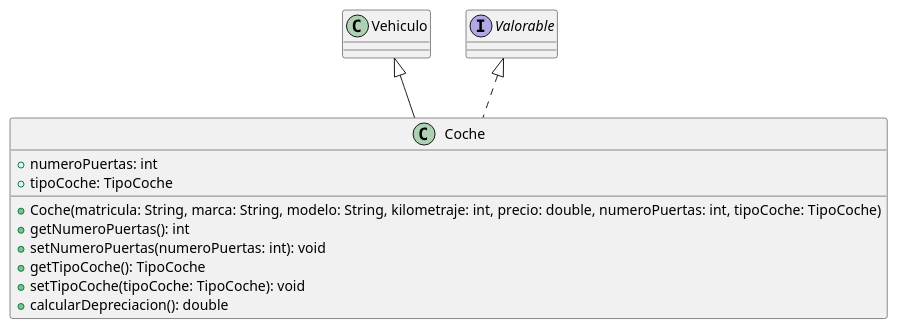
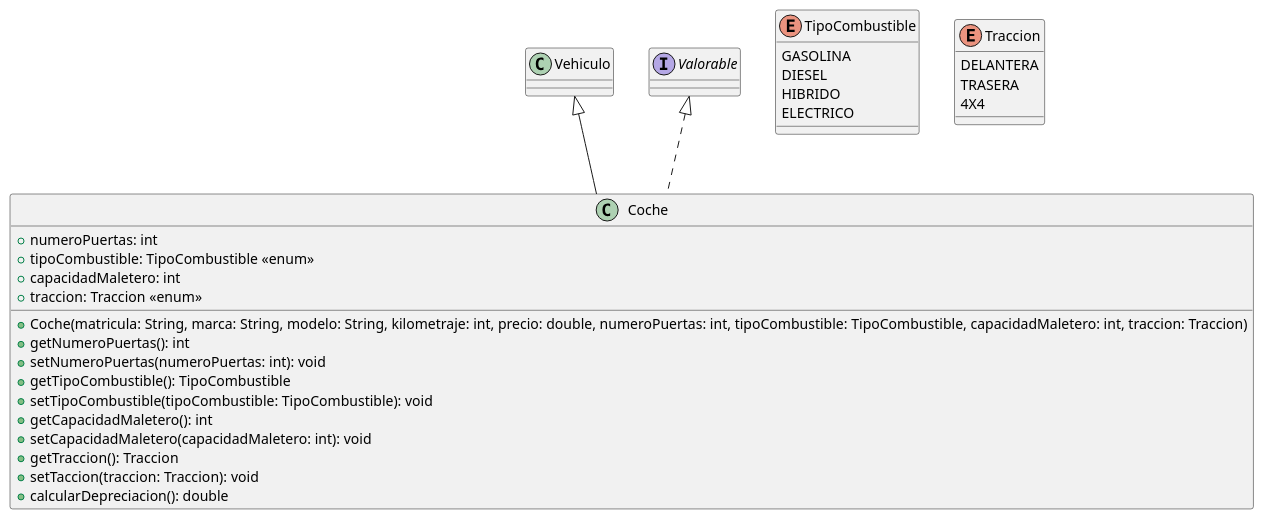
One commit to crobles98/UT5_ED_Prog changed the diagram in uml/Coche.puml. Above: the diagram before and after it, drawn with PlantUML.

Commit message:
Añadir atributos restantes
Añadir atributos especificados en archivo

```diff
--- a/uml/Coche.puml
+++ b/uml/Coche.puml
@@ -1,12 +1,31 @@
 @startuml
 class Coche extends Vehiculo implements Valorable {
   + numeroPuertas: int
-  + tipoCoche: TipoCoche
-  + Coche(matricula: String, marca: String, modelo: String, kilometraje: int, precio: double, numeroPuertas: int, tipoCoche: TipoCoche)
+  + tipoCombustible: TipoCombustible <<enum>>
+  + capacidadMaletero: int
+  + traccion: Traccion <<enum>>
+  + Coche(matricula: String, marca: String, modelo: String, kilometraje: int, precio: double, numeroPuertas: int, tipoCombustible: TipoCombustible, capacidadMaletero: int, traccion: Traccion)
   + getNumeroPuertas(): int
   + setNumeroPuertas(numeroPuertas: int): void
-  + getTipoCoche(): TipoCoche
-  + setTipoCoche(tipoCoche: TipoCoche): void
+  + getTipoCombustible(): TipoCombustible
+  + setTipoCombustible(tipoCombustible: TipoCombustible): void
+  + getCapacidadMaletero(): int
+  + setCapacidadMaletero(capacidadMaletero: int): void
+  + getTraccion(): Traccion
+  + setTaccion(traccion: Traccion): void
   + calcularDepreciacion(): double
 }
+
+enum TipoCombustible {
+  GASOLINA
+  DIESEL
+  HIBRIDO
+  ELECTRICO
+}
+
+enum Traccion {
+  DELANTERA
+  TRASERA
+  4X4
+}
 @enduml
```
